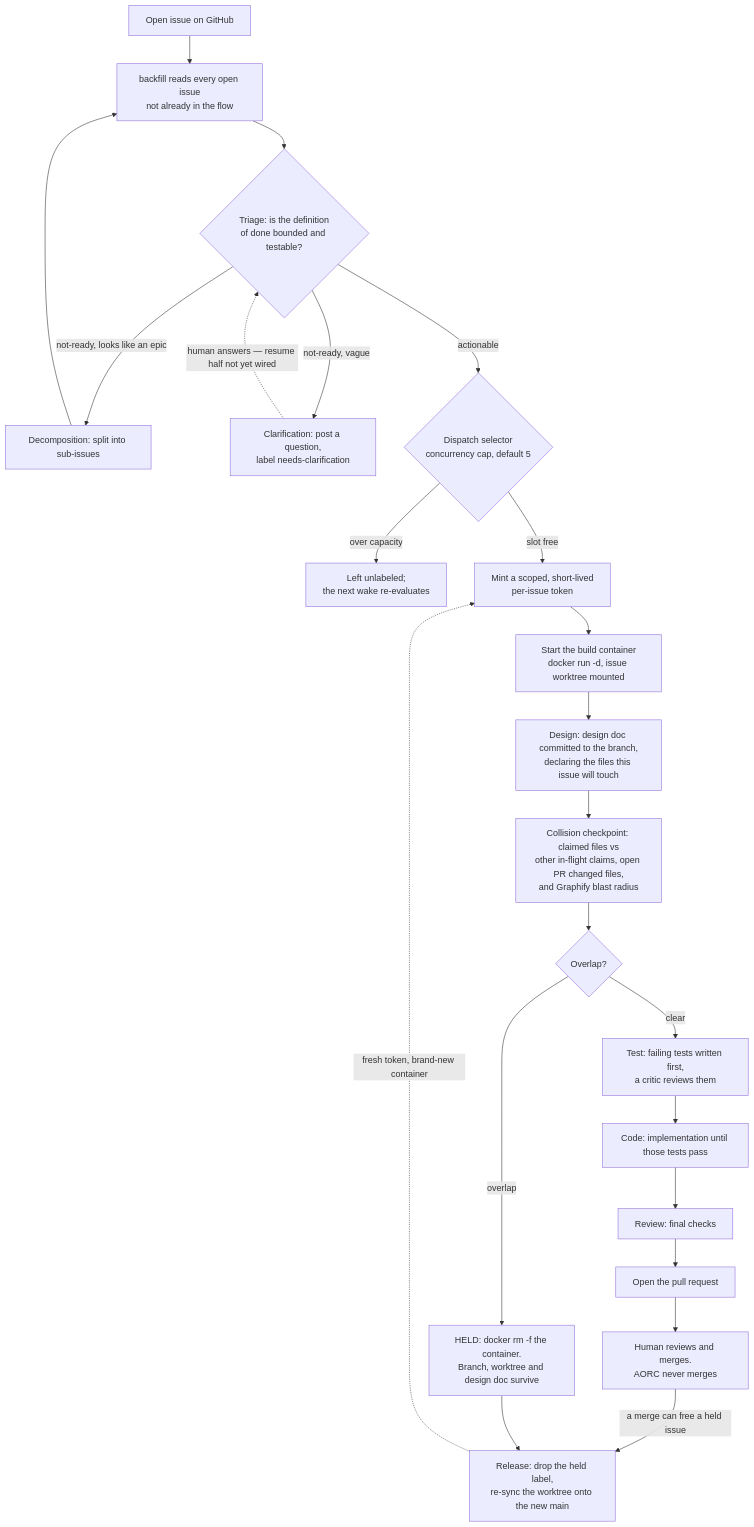
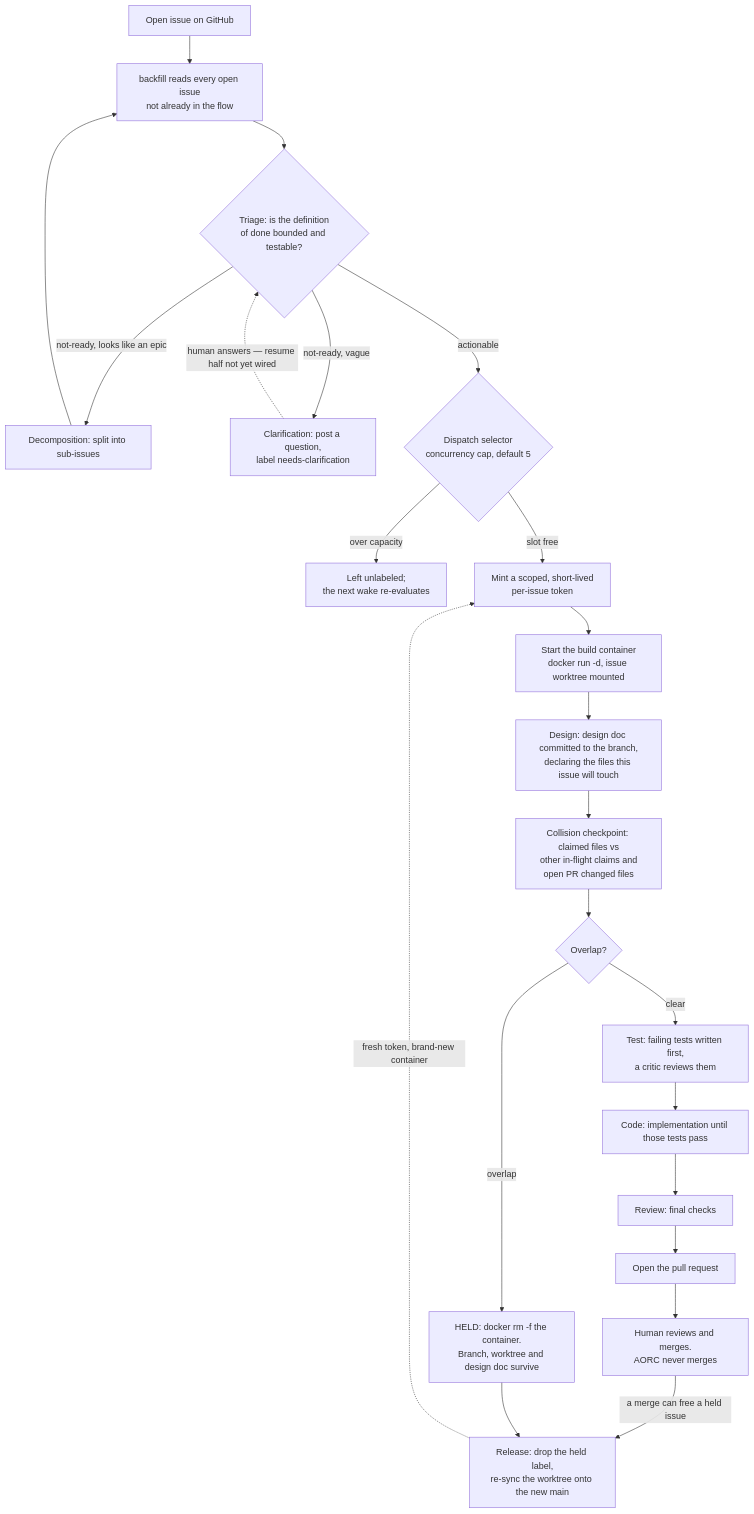
One commit to rajatsxngh/aorc changed the first of 2 diagrams in README.md. Above: the diagram before and after it, drawn with Mermaid. The commit also changed other lines of this file, not shown here.

First line of the commit message:
Correct the collision rule: no Graphify caller is wired

````diff
--- a/README.md
+++ b/README.md
@@ -36,25 +36,25 @@
 ```mermaid
 flowchart TD
     A["Open issue on GitHub"] --> B["backfill reads every open issue<br/>not already in the flow"]
     B --> T{"Triage: is the definition<br/>of done bounded and testable?"}
     T -->|"not-ready, looks like an epic"| DEC["Decomposition: split into sub-issues"]
     T -->|"not-ready, vague"| CLR["Clarification: post a question,<br/>label needs-clarification"]
     CLR -.->|"human answers — resume half not yet wired"| T
     DEC --> B
     T -->|"actionable"| Q{"Dispatch selector<br/>concurrency cap, default 5"}
     Q -->|"over capacity"| QD["Left unlabeled;<br/>the next wake re-evaluates"]
     Q -->|"slot free"| TOK["Mint a scoped, short-lived<br/>per-issue token"]
     TOK --> CON["Start the build container<br/>docker run -d, issue worktree mounted"]
     CON --> DES["Design: design doc committed to the branch,<br/>declaring the files this issue will touch"]
-    DES --> CHK["Collision checkpoint: claimed files vs<br/>other in-flight claims, open PR changed files,<br/>and Graphify blast radius"]
+    DES --> CHK["Collision checkpoint: claimed files vs<br/>other in-flight claims and<br/>open PR changed files"]
     CHK --> OV{"Overlap?"}
     OV -->|"overlap"| HELD["HELD: docker rm -f the container.<br/>Branch, worktree and design doc survive"]
     OV -->|"clear"| TST["Test: failing tests written first,<br/>a critic reviews them"]
     TST --> COD["Code: implementation until those tests pass"]
     COD --> REV["Review: final checks"]
     REV --> PR["Open the pull request"]
     PR --> HUM["Human reviews and merges.<br/>AORC never merges"]
     HUM -->|"a merge can free a held issue"| REL["Release: drop the held label,<br/>re-sync the worktree onto the new main"]
     HELD --> REL
     REL -.->|"fresh token, brand-new container"| TOK
 ```
````
